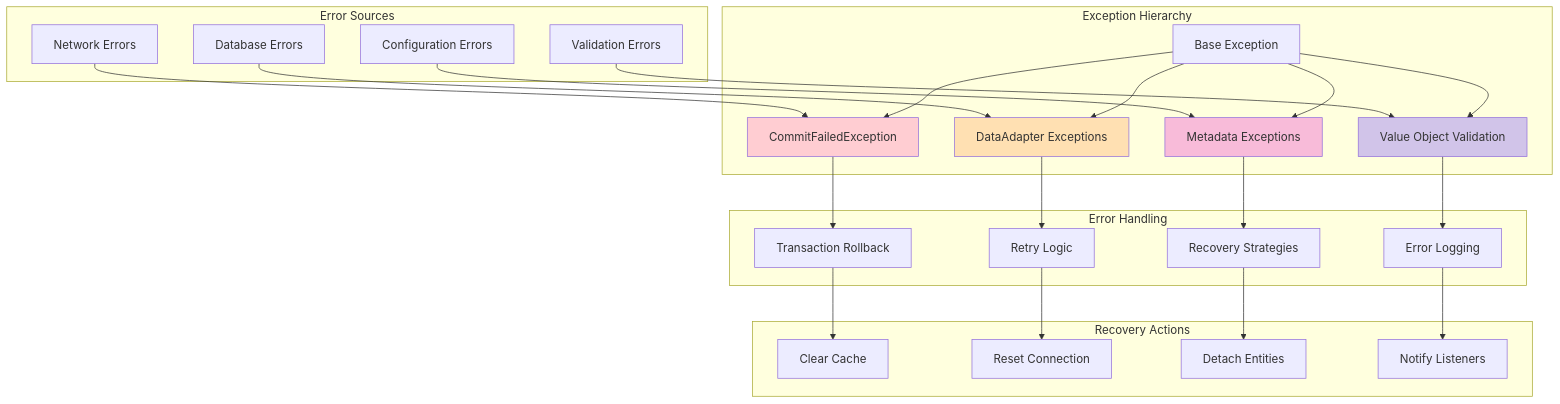
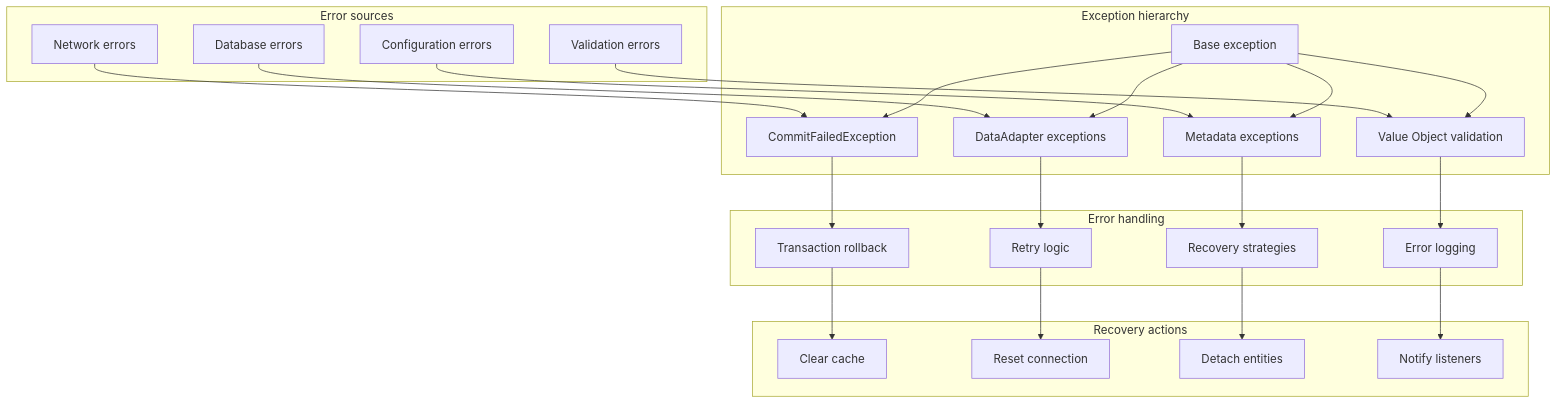
Before and after one commit to kabiroman/adaptive-entity-manager: the seventh of 7 diagrams in docs/INTERACTION_DIAGRAMS.md, drawn with Mermaid. The commit also changed other lines of this file and 7 other files, not shown here.

````diff
--- a/docs/INTERACTION_DIAGRAMS.md
+++ b/docs/INTERACTION_DIAGRAMS.md
@@ -334,56 +319,51 @@
 ```mermaid
 graph TB
-    subgraph "Exception Hierarchy"
-        BaseEx["`Base Exception`"]
+    subgraph exceptionHierarchy [Exception hierarchy]
+        BaseEx["`Base exception`"]
         CommitEx["`CommitFailedException`"]
-        DataEx["`DataAdapter Exceptions`"]
-        MetadataEx["`Metadata Exceptions`"]
-        ValidationEx["`Value Object Validation`"]
+        DataEx["`DataAdapter exceptions`"]
+        MetadataEx["`Metadata exceptions`"]
+        ValidationEx["`Value Object validation`"]
     end
-    
-    subgraph "Error Sources"
-        DB["`Database Errors`"]
-        Network["`Network Errors`"]
-        Validation["`Validation Errors`"]
-        Config["`Configuration Errors`"]
+
+    subgraph errorSources [Error sources]
+        DB["`Database errors`"]
+        Network["`Network errors`"]
+        Validation["`Validation errors`"]
+        Config["`Configuration errors`"]
     end
-    
-    subgraph "Error Handling"
-        Rollback["`Transaction Rollback`"]
-        Retry["`Retry Logic`"]
-        Logging["`Error Logging`"]
-        Recovery["`Recovery Strategies`"]
+
+    subgraph errorHandling [Error handling]
+        Rollback["`Transaction rollback`"]
+        Retry["`Retry logic`"]
+        Logging["`Error logging`"]
+        Recovery["`Recovery strategies`"]
     end
-    
-    subgraph "Recovery Actions"
-        ClearCache["`Clear Cache`"]
-        ResetConnection["`Reset Connection`"]
-        Detach["`Detach Entities`"]
-        Notify["`Notify Listeners`"]
+
+    subgraph recoveryActions [Recovery actions]
+        ClearCache["`Clear cache`"]
+        ResetConnection["`Reset connection`"]
+        Detach["`Detach entities`"]
+        Notify["`Notify listeners`"]
     end
-    
+
     DB --> DataEx
     Network --> CommitEx
     Validation --> ValidationEx
     Config --> MetadataEx
-    
+
     BaseEx --> CommitEx
     BaseEx --> DataEx
     BaseEx --> MetadataEx
     BaseEx --> ValidationEx
-    
+
     CommitEx --> Rollback
     DataEx --> Retry
     MetadataEx --> Recovery
     ValidationEx --> Logging
-    
+
     Rollback --> ClearCache
     Retry --> ResetConnection
     Recovery --> Detach
     Logging --> Notify
-    
-    style CommitEx fill:#ffcdd2
-    style DataEx fill:#ffe0b2
-    style MetadataEx fill:#f8bbd9
-    style ValidationEx fill:#d1c4e9
 ```
````
